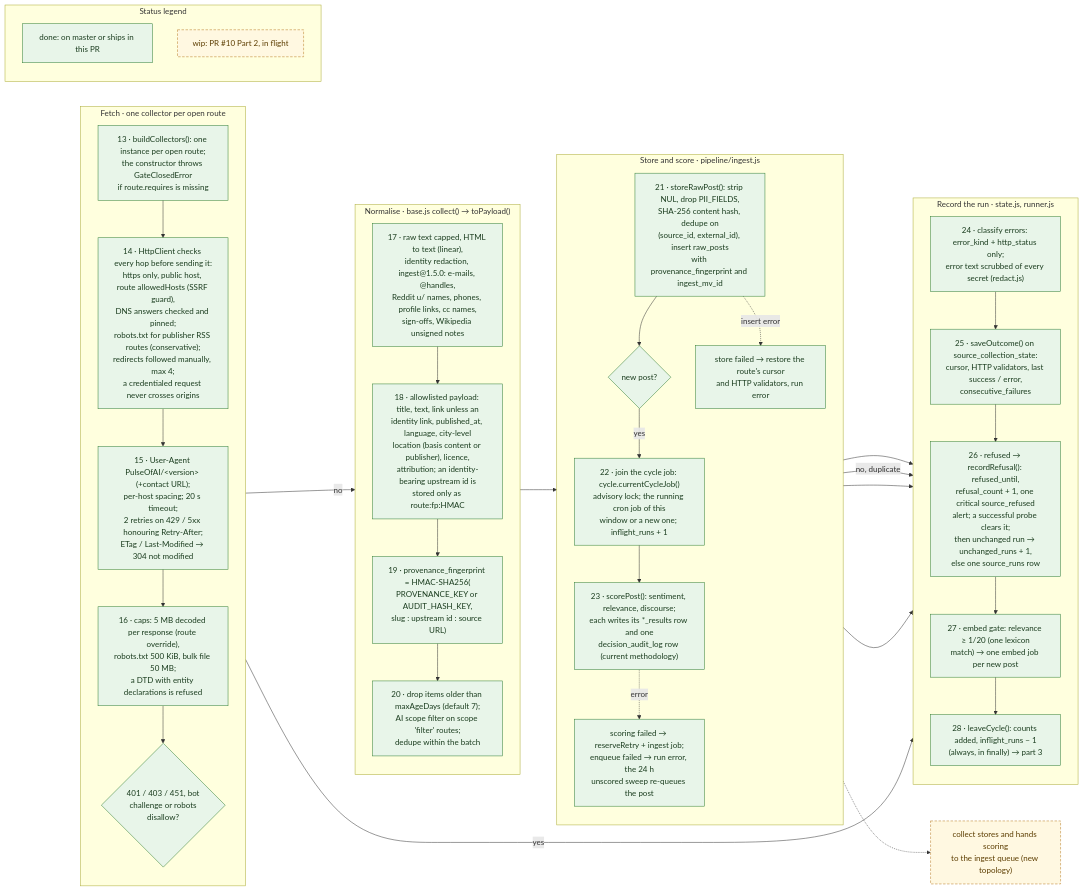
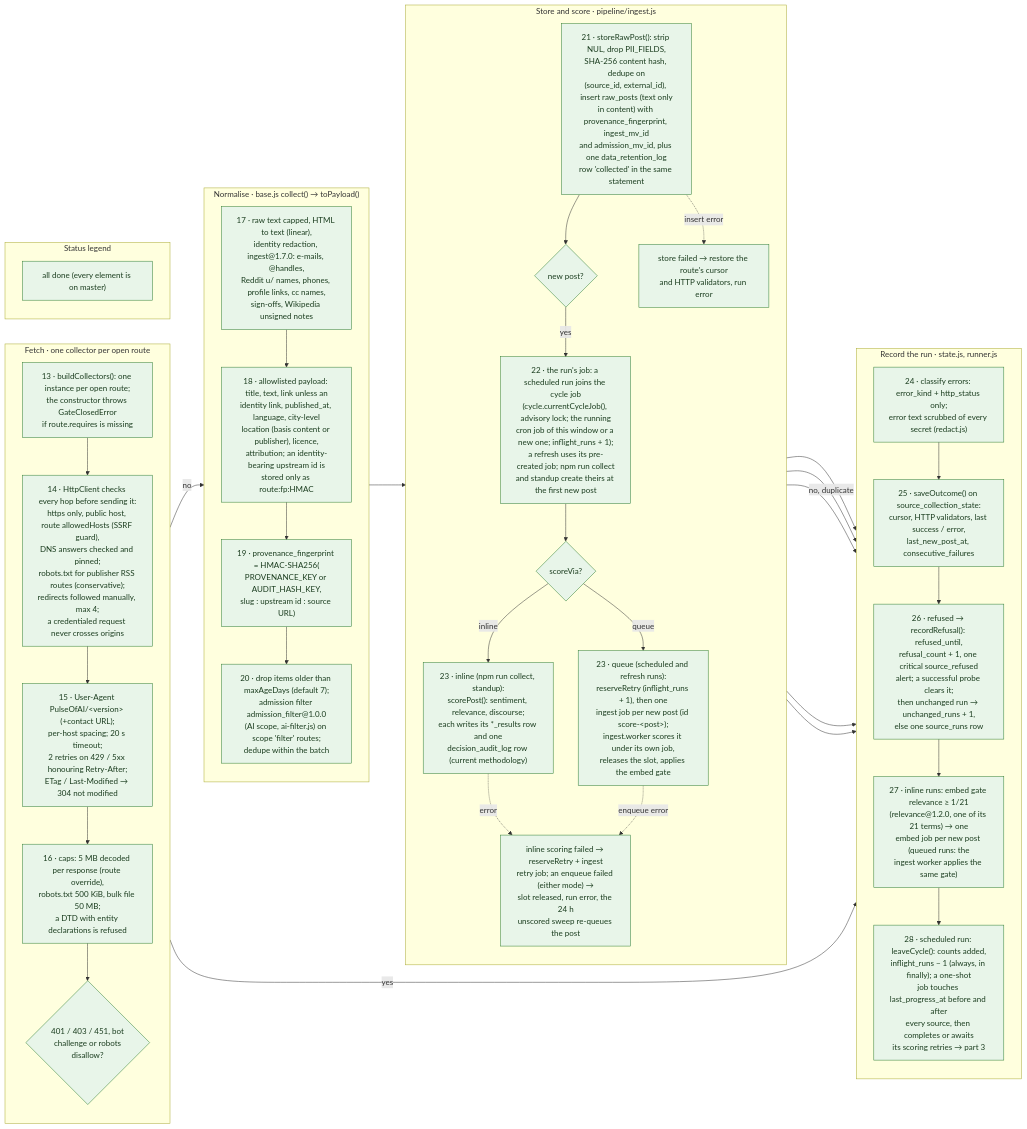
The diagram in docs/diagrams/flows/collection-2-fetch-store-score.mmd (jennifer-mckinney/pulse-of-ai), drawn with Mermaid before and after one commit. The commit also changed 26 other files, not shown here.

First line of the commit message:
Redraw the flow and state diagrams against master after PR #22

```diff
--- a/docs/diagrams/flows/collection-2-fetch-store-score.mmd
+++ b/docs/diagrams/flows/collection-2-fetch-store-score.mmd
@@ -1,65 +1,67 @@
 %% Title: Collection cycle · part 2 of 3 · fetch, normalise, store, score
-%% Summary: What one open route of a claimed source does: the guarded HTTP fetch, normalisation with redaction and the provenance fingerprint, storage, inline scoring with audit rows, and the run record.
-%% Sources: src/collectors/{index,base,http,netguard,transport,robots,normalize,identity,provenance,errors,redact,state,cycle,runner}.js, src/pipeline/{ingest,sentiment,relevance,discourse}.js. Spec: TECHNICAL_SPEC.md section 8 (PII handling, provenance); ADR 0001 (terms and politeness, D2).
+%% Summary: What one open route of a claimed source does: the guarded HTTP fetch, normalisation with redaction, the admission filter and the provenance fingerprint, storage with the ingest and admission versions, scoring (ingest queue for scheduled and refresh runs, inline for npm run collect and standup) with audit rows, and the run record.
+%% Sources: src/collectors/{index,base,http,netguard,transport,robots,normalize,identity,provenance,errors,redact,state,cycle,runner,ai-filter}.js, src/workers/{collect,ingest}.worker.js, src/pipeline/{ingest,sentiment,relevance,discourse,methodology}.js, src/config/methodology-registry.js; migrations 022, 031, 040, 042. Spec: TECHNICAL_SPEC.md section 8 (PII handling, provenance); ADR 0001 (terms and politeness, D2); PR #22 decision G6.
 flowchart LR
 
   subgraph FETCH["Fetch · one collector per open route"]
     direction TB
     F1["13 · buildCollectors(): one instance per open route;<br/>the constructor throws GateClosedError<br/>if route.requires is missing"]:::done
     F2["14 · HttpClient checks every hop before sending it:<br/>https only, public host, route allowedHosts (SSRF guard),<br/>DNS answers checked and pinned;<br/>robots.txt for publisher RSS routes (conservative);<br/>redirects followed manually, max 4;<br/>a credentialed request never crosses origins"]:::done
     F3["15 · User-Agent PulseOfAI/#lt;version#gt; (+contact URL);<br/>per-host spacing; 20 s timeout;<br/>2 retries on 429 / 5xx honouring Retry-After;<br/>ETag / Last-Modified → 304 not modified"]:::done
     F4["16 · caps: 5 MB decoded per response (route override),<br/>robots.txt 500 KiB, bulk file 50 MB;<br/>a DTD with entity declarations is refused"]:::done
     F5{"401 / 403 / 451, bot<br/>challenge or robots<br/>disallow?"}:::done
     F1 --> F2 --> F3 --> F4 --> F5
   end
 
   subgraph NORM["Normalise · base.js collect() → toPayload()"]
     direction TB
-    N1["17 · raw text capped, HTML to text (linear),<br/>identity redaction, ingest@1.5.0: e-mails, @handles,<br/>Reddit u/ names, phones, profile links, cc names,<br/>sign-offs, Wikipedia unsigned notes"]:::done
+    N1["17 · raw text capped, HTML to text (linear),<br/>identity redaction, ingest@1.7.0: e-mails, @handles,<br/>Reddit u/ names, phones, profile links, cc names,<br/>sign-offs, Wikipedia unsigned notes"]:::done
     N2["18 · allowlisted payload: title, text, link unless an<br/>identity link, published_at, language, city-level<br/>location (basis content or publisher), licence,<br/>attribution; an identity-bearing upstream id is<br/>stored only as route:fp:HMAC"]:::done
     N3["19 · provenance_fingerprint = HMAC-SHA256(<br/>PROVENANCE_KEY or AUDIT_HASH_KEY,<br/>slug : upstream id : source URL)"]:::done
-    N4["20 · drop items older than maxAgeDays (default 7);<br/>AI scope filter on scope 'filter' routes;<br/>dedupe within the batch"]:::done
+    N4["20 · drop items older than maxAgeDays (default 7);<br/>admission filter admission_filter@1.0.0<br/>(AI scope, ai-filter.js) on scope 'filter' routes;<br/>dedupe within the batch"]:::done
     N1 --> N2 --> N3 --> N4
   end
 
   subgraph STORE["Store and score · pipeline/ingest.js"]
     direction TB
-    T1["21 · storeRawPost(): strip NUL, drop PII_FIELDS,<br/>SHA-256 content hash, dedupe on<br/>(source_id, external_id), insert raw_posts<br/>with provenance_fingerprint and ingest_mv_id"]:::done
+    T1["21 · storeRawPost(): strip NUL, drop PII_FIELDS,<br/>SHA-256 content hash, dedupe on<br/>(source_id, external_id), insert raw_posts (text only<br/>in content) with provenance_fingerprint, ingest_mv_id<br/>and admission_mv_id, plus one data_retention_log<br/>row 'collected' in the same statement"]:::done
     T2{"new post?"}:::done
-    T3["22 · join the cycle job: cycle.currentCycleJob()<br/>advisory lock; the running cron job of this<br/>window or a new one; inflight_runs + 1"]:::done
-    T4["23 · scorePost(): sentiment, relevance, discourse;<br/>each writes its *_results row and one<br/>decision_audit_log row (current methodology)"]:::done
-    T5["scoring failed → reserveRetry + ingest job;<br/>enqueue failed → run error, the 24 h<br/>unscored sweep re-queues the post"]:::done
+    T3["22 · the run's job: a scheduled run joins the cycle job<br/>(cycle.currentCycleJob(), advisory lock; the running<br/>cron job of this window or a new one; inflight_runs + 1);<br/>a refresh uses its pre-created job; npm run collect<br/>and standup create theirs at the first new post"]:::done
+    T7{"scoreVia?"}:::done
+    T4["23 · queue (scheduled and refresh runs):<br/>reserveRetry (inflight_runs + 1), then one<br/>ingest job per new post (id score-#lt;post#gt;);<br/>ingest.worker scores it under its own job,<br/>releases the slot, applies the embed gate"]:::done
+    T8["23 · inline (npm run collect, standup):<br/>scorePost(): sentiment, relevance, discourse;<br/>each writes its *_results row and one<br/>decision_audit_log row (current methodology)"]:::done
+    T5["inline scoring failed → reserveRetry + ingest<br/>retry job; an enqueue failed (either mode) →<br/>slot released, run error, the 24 h<br/>unscored sweep re-queues the post"]:::done
     T6["store failed → restore the route's cursor<br/>and HTTP validators, run error"]:::done
     T1 --> T2
-    T2 -- yes --> T3 --> T4
+    T2 -- yes --> T3 --> T7
+    T7 -- queue --> T4
+    T7 -- inline --> T8
   end
 
   subgraph RECORD["Record the run · state.js, runner.js"]
     direction TB
     V1["24 · classify errors: error_kind + http_status only;<br/>error text scrubbed of every secret (redact.js)"]:::done
-    V2["25 · saveOutcome() on source_collection_state:<br/>cursor, HTTP validators, last success / error,<br/>consecutive_failures"]:::done
+    V2["25 · saveOutcome() on source_collection_state:<br/>cursor, HTTP validators, last success / error,<br/>last_new_post_at, consecutive_failures"]:::done
     V3["26 · refused → recordRefusal(): refused_until,<br/>refusal_count + 1, one critical source_refused<br/>alert; a successful probe clears it;<br/>then unchanged run → unchanged_runs + 1,<br/>else one source_runs row"]:::done
-    V4["27 · embed gate: relevance ≥ 1/20 (one lexicon<br/>match) → one embed job per new post"]:::done
-    V5["28 · leaveCycle(): counts added, inflight_runs − 1<br/>(always, in finally) → part 3"]:::done
+    V4["27 · inline runs: embed gate relevance ≥ 1/21<br/>(relevance@1.2.0, one of its 21 terms) → one<br/>embed job per new post (queued runs: the<br/>ingest worker applies the same gate)"]:::done
+    V5["28 · scheduled run: leaveCycle(): counts added,<br/>inflight_runs − 1 (always, in finally); a one-shot<br/>job touches last_progress_at before and after<br/>every source, then completes or awaits<br/>its scoring retries → part 3"]:::done
     V1 --> V2 --> V3 --> V4 --> V5
   end
 
-  W1["collect stores and hands scoring<br/>to the ingest queue (new topology)"]:::wip
-
   subgraph LEGEND["Status legend"]
-    L1["done: on master or ships in this PR"]:::done
-    L2["wip: PR #10 Part 2, in flight"]:::wip
+    L1["all done (every element is on master)"]:::done
   end
 
   F5 -- yes --> V1
   F5 -- no --> N1
   N4 --> T1
   T1 -. "insert error" .-> T6 --> V1
   T2 -- "no, duplicate" --> V1
-  T4 -. "error" .-> T5 --> V1
+  T8 -. "error" .-> T5
+  T4 -. "enqueue error" .-> T5
+  T5 --> V1
   T4 --> V1
-  T4 -.-> W1
+  T8 --> V1
 
   classDef done fill:#e8f5e9,stroke:#2e7d32,color:#1b3d1f
-  classDef wip fill:#fff8e1,stroke:#b7791f,color:#5c3d00,stroke-dasharray:5 3
   classDef planned fill:#f2f2f2,stroke:#8a8a8a,color:#4a4a4a,stroke-dasharray:2 3
```
